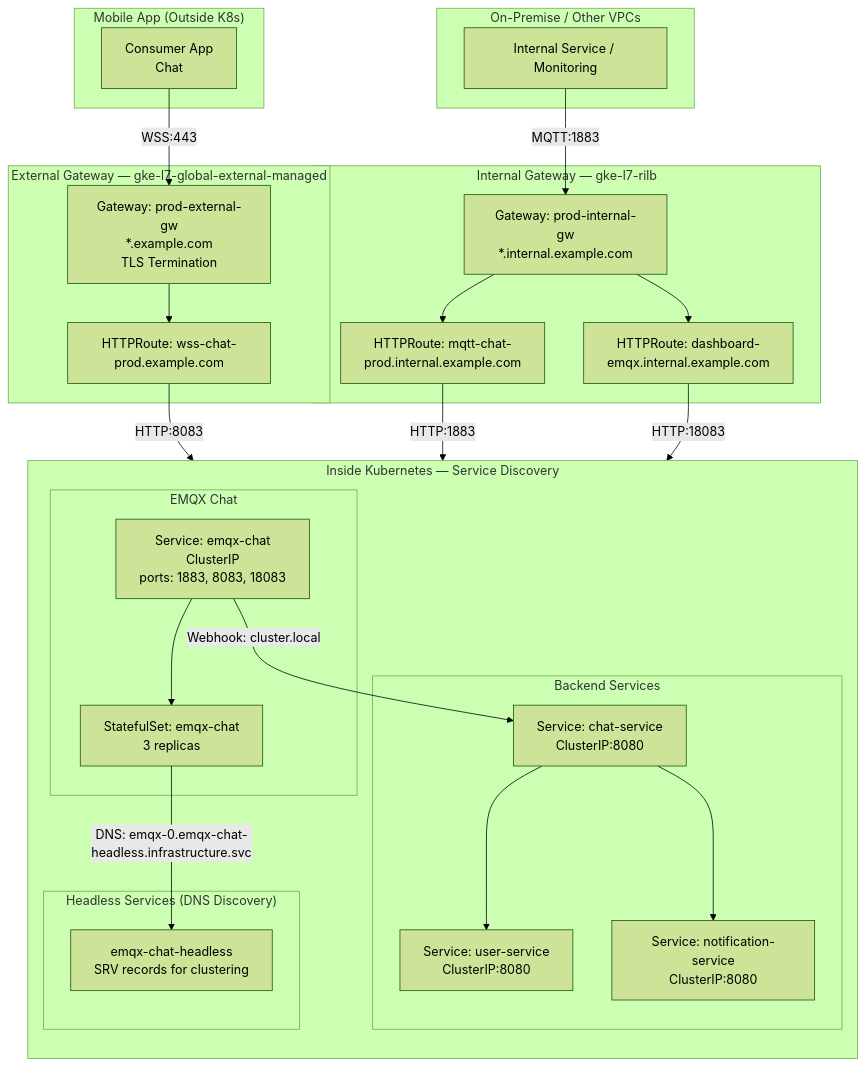
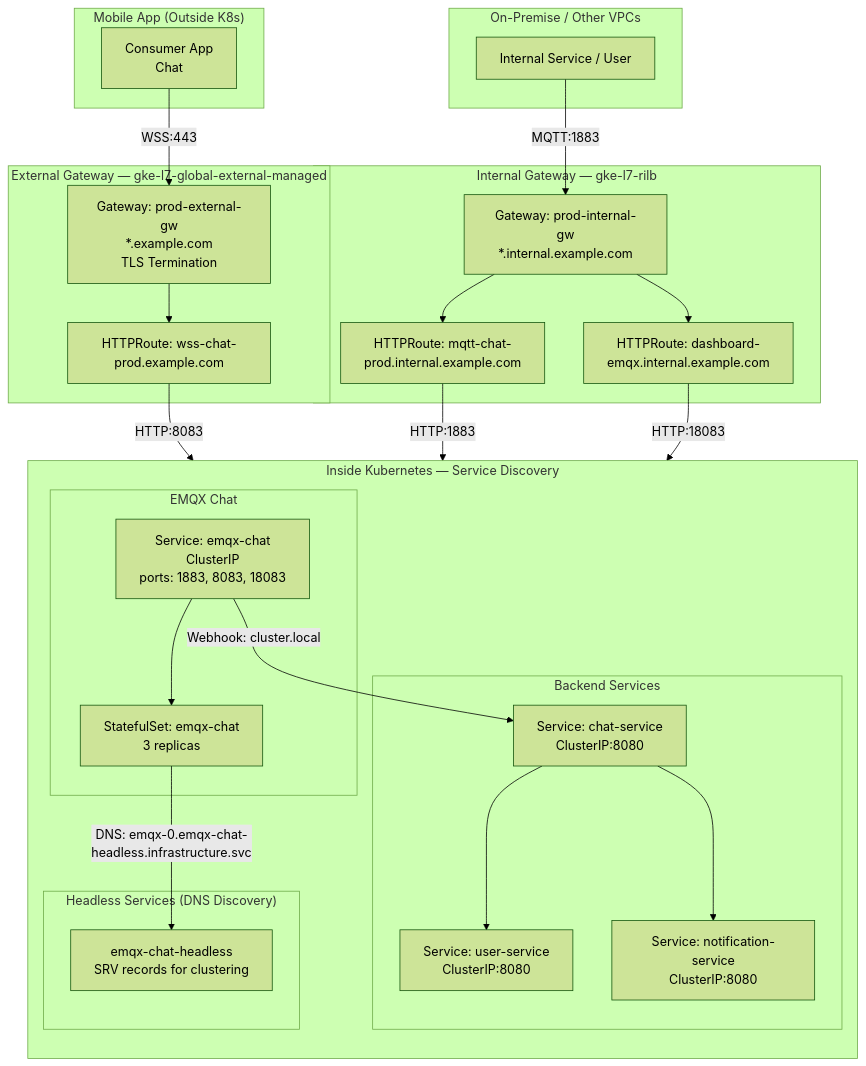
One commit to ahmadnurhidayat/docs changed the third of 5 diagrams in src/content/docs/04-conferences/kcd-indonesia-2026/presentation-draft.md. Above: the diagram before and after it, drawn with Mermaid (forest theme). The commit also changed other lines of this file and 9 other files, not shown here.

````diff
--- a/src/content/docs/04-conferences/kcd-indonesia-2026/presentation-draft.md
+++ b/src/content/docs/04-conferences/kcd-indonesia-2026/presentation-draft.md
@@ -119,53 +119,53 @@
 ```mermaid
 flowchart TB
     subgraph MOBILE["Mobile App (Outside K8s)"]
         APP["Consumer App<br/>Chat"]
     end
 
     subgraph EXTERNAL["External Gateway — gke-l7-global-external-managed"]
         EXT_GW["Gateway: prod-external-gw<br/>*.example.com<br/>TLS Termination"]
         EXT_ROUTE["HTTPRoute: wss-chat-prod.example.com"]
     end
 
     subgraph INTERNAL["Internal Gateway — gke-l7-rilb"]
         INT_GW["Gateway: prod-internal-gw<br/>*.internal.example.com"]
         INT_ROUTE_1["HTTPRoute: mqtt-chat-prod.internal.example.com"]
         INT_ROUTE_2["HTTPRoute: dashboard-emqx.internal.example.com"]
     end
 
     subgraph K8S["Inside Kubernetes — Service Discovery"]
         direction TB
         subgraph EMQX_CHAT["EMQX Chat"]
             SVC_CHAT["Service: emqx-chat<br/>ClusterIP<br/>ports: 1883, 8083, 18083"]
             STS_CHAT["StatefulSet: emqx-chat<br/>3 replicas"]
         end
         subgraph BACKEND["Backend Services"]
             CHAT_ENGINE["Service: chat-service<br/>ClusterIP:8080"]
             USER_SVC["Service: user-service<br/>ClusterIP:8080"]
             NOTIF_SVC["Service: notification-service<br/>ClusterIP:8080"]
         end
         subgraph HEADLESS["Headless Services (DNS Discovery)"]
             HD_CHAT["emqx-chat-headless<br/>SRV records for clustering"]
         end
     end
 
     subgraph ON_PREM["On-Premise / Other VPCs"]
-        EXT_SVC["Internal Service / Monitoring"]
+        EXT_SVC["Internal Service / User"]
     end
 
     APP -->|"WSS:443"| EXT_GW
     EXT_GW --> EXT_ROUTE
     EXT_ROUTE -->|"HTTP:8083"| SVC_CHAT
 
     EXT_SVC -->|"MQTT:1883"| INT_GW
     INT_GW --> INT_ROUTE_1
     INT_GW --> INT_ROUTE_2
     INT_ROUTE_1 -->|"HTTP:1883"| SVC_CHAT
     INT_ROUTE_2 -->|"HTTP:18083"| SVC_CHAT
 
     SVC_CHAT --> STS_CHAT
     STS_CHAT -->|"DNS: emqx-0.emqx-chat-headless.infrastructure.svc"| HD_CHAT
     SVC_CHAT -->|"Webhook: cluster.local"| CHAT_ENGINE
     CHAT_ENGINE --> USER_SVC
     CHAT_ENGINE --> NOTIF_SVC
 ```
````
